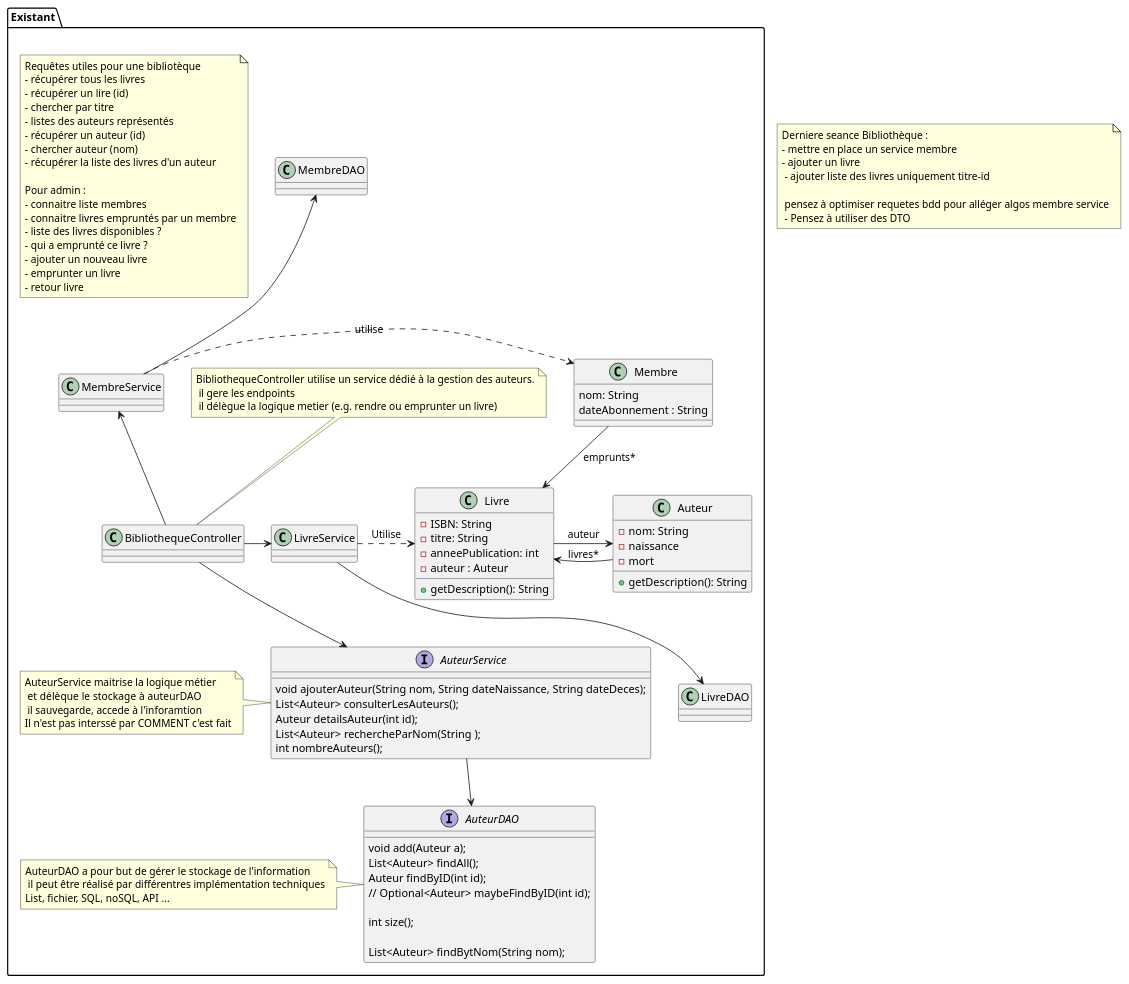
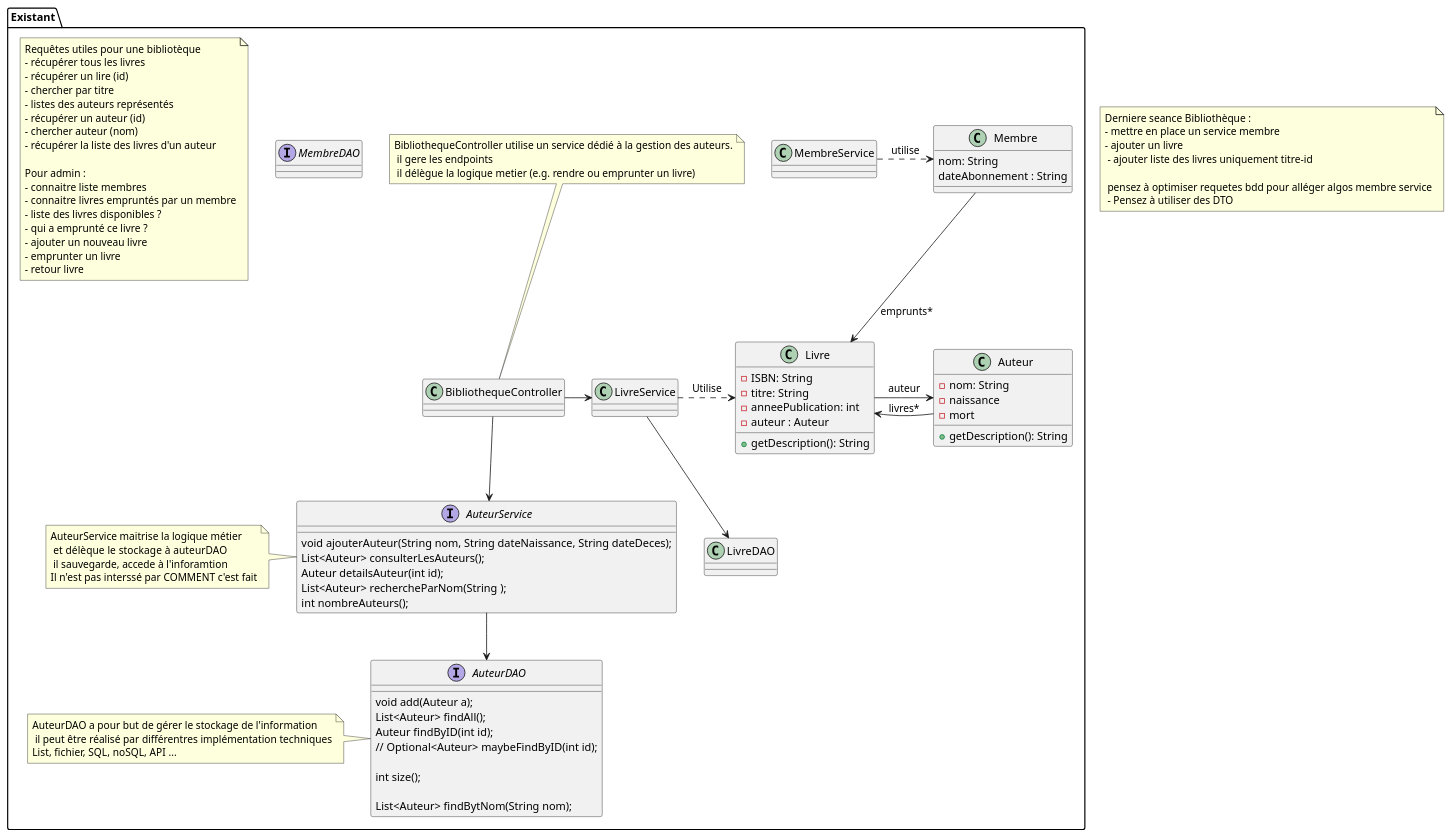
Before and after one commit to florentBourgeois/biblioWeb-25-26: the diagram in doc/Archi_V4.puml, drawn with PlantUML. The commit also changed 1 other file, not shown here.

```diff
--- a/doc/Archi_V4.puml
+++ b/doc/Archi_V4.puml
@@ -1,83 +1,84 @@
 @startuml
 'https://plantuml.com/sequence-diagram
 
 
 note "Derniere seance Bibliothèque :\n- mettre en place un service membre\n- ajouter un livre\n - ajouter liste des livres uniquement titre-id\n\n pensez à optimiser requetes bdd pour alléger algos membre service\n - Pensez à utiliser des DTO" as N2
 
 
 package "Existant"{
 
 class BibliothequeController{
 
 }
 note top : BibliothequeController utilise un service dédié à la gestion des auteurs.\n il gere les endpoints\n il délègue la logique metier (e.g. rendre ou emprunter un livre)
 
 BibliothequeController -> LivreService
 BibliothequeController --> AuteurService
 
-MembreDAO <-- MembreService
-MembreService <-- BibliothequeController
+interface MembreDAO{}
+'MembreDAO <-- MembreService
+'MembreService <-- BibliothequeController
 MembreService .> Membre : utilise
 
 LivreService --> LivreDAO
 LivreService .> Livre : Utilise
 
 
 interface AuteurService{
      void ajouterAuteur(String nom, String dateNaissance, String dateDeces);
      List<Auteur> consulterLesAuteurs();
      Auteur detailsAuteur(int id);
     List<Auteur> rechercheParNom(String );
     int nombreAuteurs();
 }
 
 note left : AuteurService maitrise la logique métier\n et délèque le stockage à  auteurDAO\n il sauvegarde, accede à l'inforamtion\nIl n'est pas interssé par COMMENT c'est fait
 
 AuteurService --> AuteurDAO
 
 interface AuteurDAO{
      void add(Auteur a);
      List<Auteur> findAll();
      Auteur findByID(int id);
     // Optional<Auteur> maybeFindByID(int id);
 
       int size();
 
       List<Auteur> findBytNom(String nom);
 }
 
 note left : AuteurDAO a pour but de gérer le stockage de l'information\n il peut être réalisé par différentres implémentation techniques\nList, fichier, SQL, noSQL, API ...
 
 
 class Livre {
     - ISBN: String
     - titre: String
     - anneePublication: int
     - auteur : Auteur
 
     + getDescription(): String
 }
 
 class Auteur {
 - nom: String
 - naissance
 - mort
 
 + getDescription(): String
 }
 
 class Membre {
     nom: String
     dateAbonnement : String
 }
 
 
 Livre ->  Auteur : auteur
 Auteur -> Livre : livres*
 
 Membre --> Livre  : emprunts*
 
 note "Requêtes utiles pour une bibliotèque\n- récupérer tous les livres\n- récupérer un lire (id)\n- chercher par titre\n- listes des auteurs représentés\n- récupérer un auteur (id)\n- chercher auteur (nom)\n- récupérer la liste des livres d'un auteur\n\nPour admin : \n- connaitre liste membres\n- connaitre livres empruntés par un membre\n- liste des livres disponibles ? \n- qui a emprunté ce livre ?\n- ajouter un nouveau livre\n- emprunter un livre\n- retour livre" as N1
 
 }
 @enduml
```
